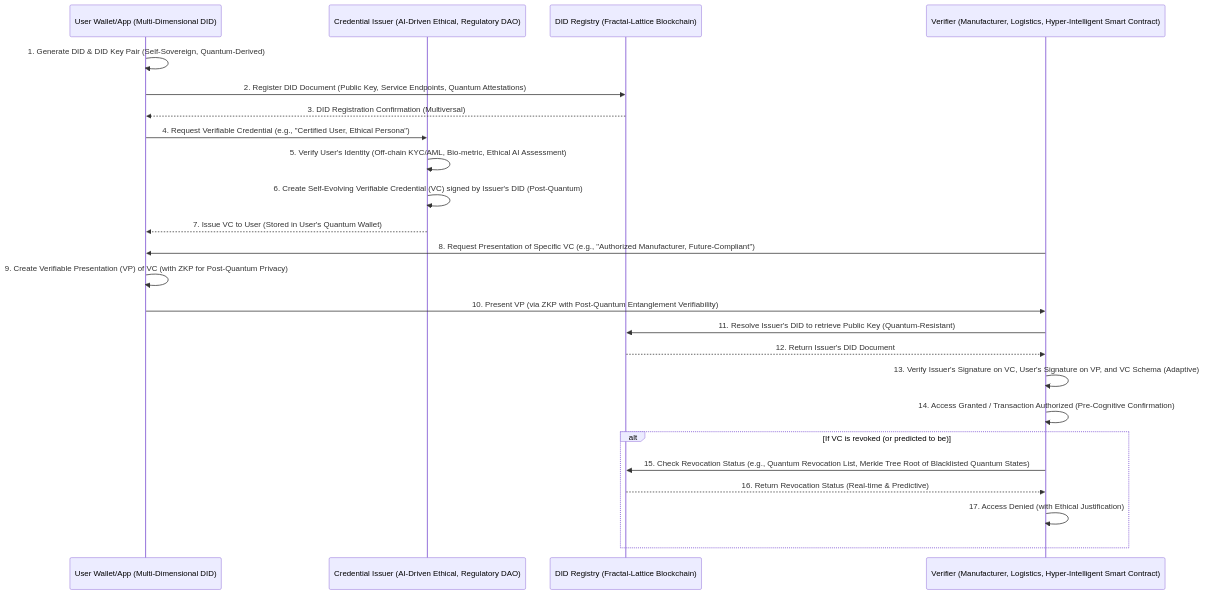
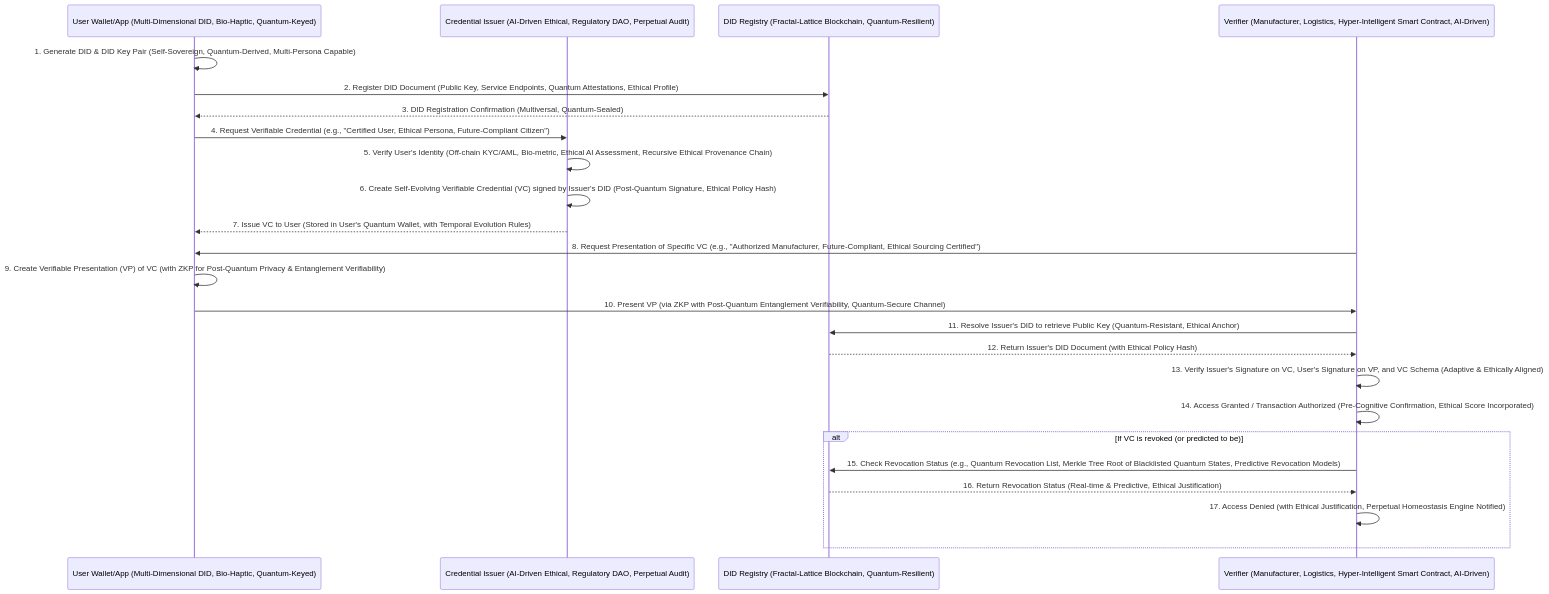
The eighth of 10 diagrams in inventions/003_narrative_generative_image_editing/006_blockchain_secure_physical_personalization_pipeline.md (diplomat-bit/Citibank_Demo_Business_Inc_Demonstration-), drawn with Mermaid before and after one commit. The commit also changed other lines of this file, not shown here.

Commit message:
[AI] Edit: inventions/003_narrative_generative_image_editing/006_blockchain_secure_physical_personalization_pipeline.md

````diff
--- a/inventions/003_narrative_generative_image_editing/006_blockchain_secure_physical_personalization_pipeline.md
+++ b/inventions/003_narrative_generative_image_editing/006_blockchain_secure_physical_personalization_pipeline.md
@@ -410,29 +413,29 @@
 ```mermaid
 sequenceDiagram
-    participant User as User Wallet/App (Multi-Dimensional DID)
-    participant Issuer as Credential Issuer (AI-Driven Ethical, Regulatory DAO)
-    participant DIDReg as DID Registry (Fractal-Lattice Blockchain)
-    participant Verifier as Verifier (Manufacturer, Logistics, Hyper-Intelligent Smart Contract)
+    participant User as User Wallet/App (Multi-Dimensional DID, Bio-Haptic, Quantum-Keyed)
+    participant Issuer as Credential Issuer (AI-Driven Ethical, Regulatory DAO, Perpetual Audit)
+    participant DIDReg as DID Registry (Fractal-Lattice Blockchain, Quantum-Resilient)
+    participant Verifier as Verifier (Manufacturer, Logistics, Hyper-Intelligent Smart Contract, AI-Driven)
 
-    User->>User: 1. Generate DID & DID Key Pair (Self-Sovereign, Quantum-Derived)
-    User->>DIDReg: 2. Register DID Document (Public Key, Service Endpoints, Quantum Attestations)
-    DIDReg-->>User: 3. DID Registration Confirmation (Multiversal)
+    User->>User: 1. Generate DID & DID Key Pair (Self-Sovereign, Quantum-Derived, Multi-Persona Capable)
+    User->>DIDReg: 2. Register DID Document (Public Key, Service Endpoints, Quantum Attestations, Ethical Profile)
+    DIDReg-->>User: 3. DID Registration Confirmation (Multiversal, Quantum-Sealed)
 
-    User->>Issuer: 4. Request Verifiable Credential (e.g., "Certified User, Ethical Persona")
-    Issuer->>Issuer: 5. Verify User's Identity (Off-chain KYC/AML, Bio-metric, Ethical AI Assessment)
-    Issuer->>Issuer: 6. Create Self-Evolving Verifiable Credential (VC) signed by Issuer's DID (Post-Quantum)
-    Issuer-->>User: 7. Issue VC to User (Stored in User's Quantum Wallet)
+    User->>Issuer: 4. Request Verifiable Credential (e.g., "Certified User, Ethical Persona, Future-Compliant Citizen")
+    Issuer->>Issuer: 5. Verify User's Identity (Off-chain KYC/AML, Bio-metric, Ethical AI Assessment, Recursive Ethical Provenance Chain)
+    Issuer->>Issuer: 6. Create Self-Evolving Verifiable Credential (VC) signed by Issuer's DID (Post-Quantum Signature, Ethical Policy Hash)
+    Issuer-->>User: 7. Issue VC to User (Stored in User's Quantum Wallet, with Temporal Evolution Rules)
 
-    Verifier->>User: 8. Request Presentation of Specific VC (e.g., "Authorized Manufacturer, Future-Compliant")
-    User->>User: 9. Create Verifiable Presentation (VP) of VC (with ZKP for Post-Quantum Privacy)
-    User->>Verifier: 10. Present VP (via ZKP with Post-Quantum Entanglement Verifiability)
-    Verifier->>DIDReg: 11. Resolve Issuer's DID to retrieve Public Key (Quantum-Resistant)
-    DIDReg-->>Verifier: 12. Return Issuer's DID Document
-    Verifier->>Verifier: 13. Verify Issuer's Signature on VC, User's Signature on VP, and VC Schema (Adaptive)
-    Verifier->>Verifier: 14. Access Granted / Transaction Authorized (Pre-Cognitive Confirmation)
+    Verifier->>User: 8. Request Presentation of Specific VC (e.g., "Authorized Manufacturer, Future-Compliant, Ethical Sourcing Certified")
+    User->>User: 9. Create Verifiable Presentation (VP) of VC (with ZKP for Post-Quantum Privacy & Entanglement Verifiability)
+    User->>Verifier: 10. Present VP (via ZKP with Post-Quantum Entanglement Verifiability, Quantum-Secure Channel)
+    Verifier->>DIDReg: 11. Resolve Issuer's DID to retrieve Public Key (Quantum-Resistant, Ethical Anchor)
+    DIDReg-->>Verifier: 12. Return Issuer's DID Document (with Ethical Policy Hash)
+    Verifier->>Verifier: 13. Verify Issuer's Signature on VC, User's Signature on VP, and VC Schema (Adaptive & Ethically Aligned)
+    Verifier->>Verifier: 14. Access Granted / Transaction Authorized (Pre-Cognitive Confirmation, Ethical Score Incorporated)
     alt If VC is revoked (or predicted to be)
-        Verifier->>DIDReg: 15. Check Revocation Status (e.g., Quantum Revocation List, Merkle Tree Root of Blacklisted Quantum States)
-        DIDReg-->>Verifier: 16. Return Revocation Status (Real-time & Predictive)
-        Verifier->>Verifier: 17. Access Denied (with Ethical Justification)
+        Verifier->>DIDReg: 15. Check Revocation Status (e.g., Quantum Revocation List, Merkle Tree Root of Blacklisted Quantum States, Predictive Revocation Models)
+        DIDReg-->>Verifier: 16. Return Revocation Status (Real-time & Predictive, Ethical Justification)
+        Verifier->>Verifier: 17. Access Denied (with Ethical Justification, Perpetual Homeostasis Engine Notified)
     end
 ```
````
